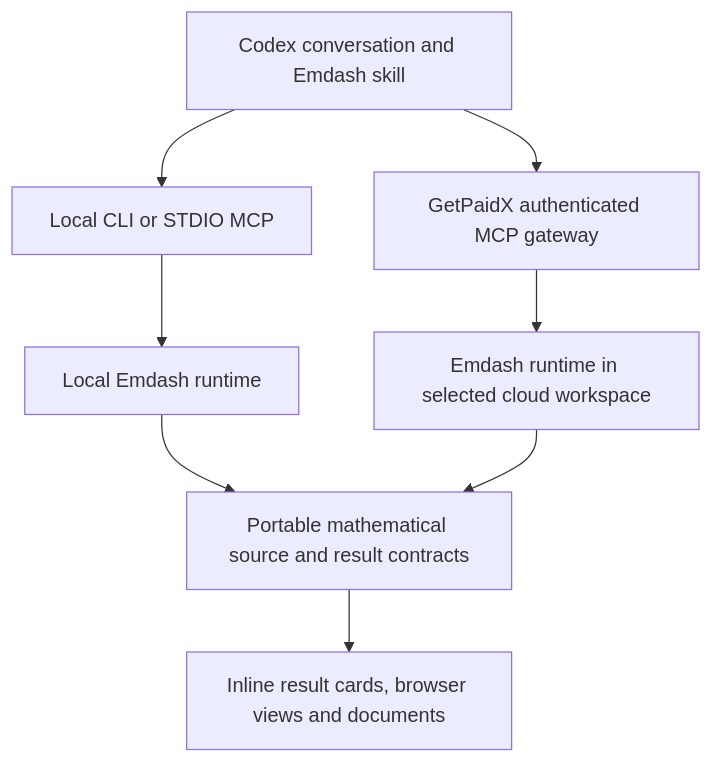
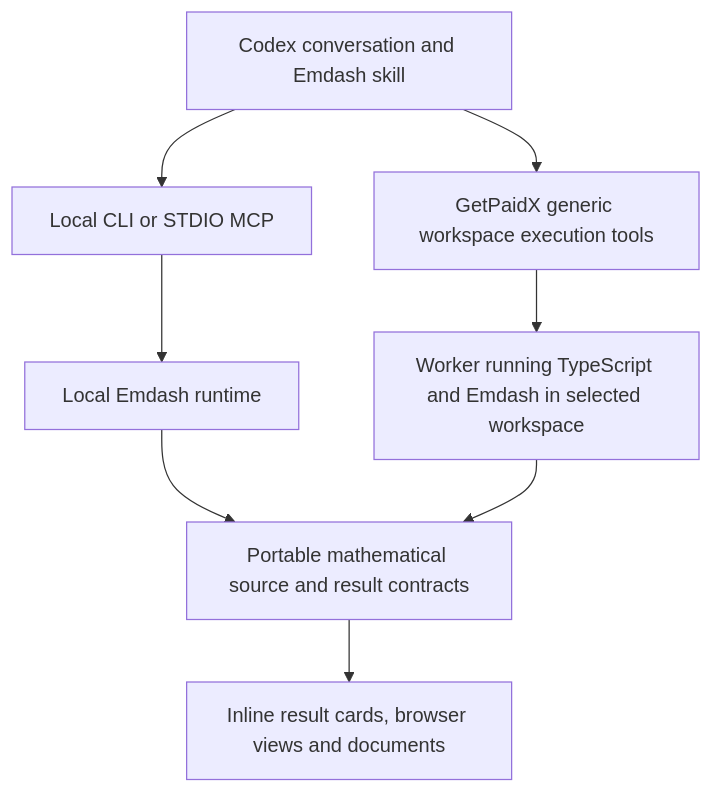
The diagram in docs/EMDASH_SCIENTIFIC_COMPUTING_STRATEGY.md (hotdocx/emdash), drawn with Mermaid before and after one commit. The commit also changed other lines of this file and 6 other files, not shown here.

Commit message:
docs: clarify workspace execution and immediate Codex task routes

````diff
--- a/docs/EMDASH_SCIENTIFIC_COMPUTING_STRATEGY.md
+++ b/docs/EMDASH_SCIENTIFIC_COMPUTING_STRATEGY.md
@@ -98,10 +105,10 @@
 ```mermaid
 flowchart TD
   C[Codex conversation and Emdash skill] --> L[Local CLI or STDIO MCP]
-  C --> G[GetPaidX authenticated MCP gateway]
+  C --> G[GetPaidX generic workspace execution tools]
   L --> LR[Local Emdash runtime]
-  G --> CR[Emdash runtime in selected cloud workspace]
+  G --> CR[Worker running TypeScript and Emdash in selected workspace]
   LR --> S[Portable mathematical source and result contracts]
   CR --> S
   S --> V[Inline result cards, browser views and documents]
 ```
````
